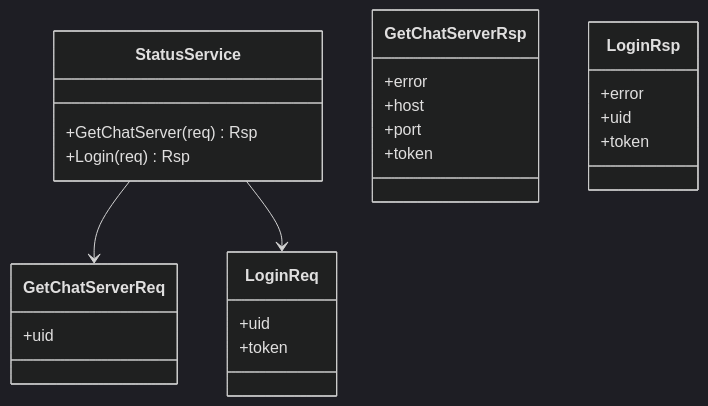
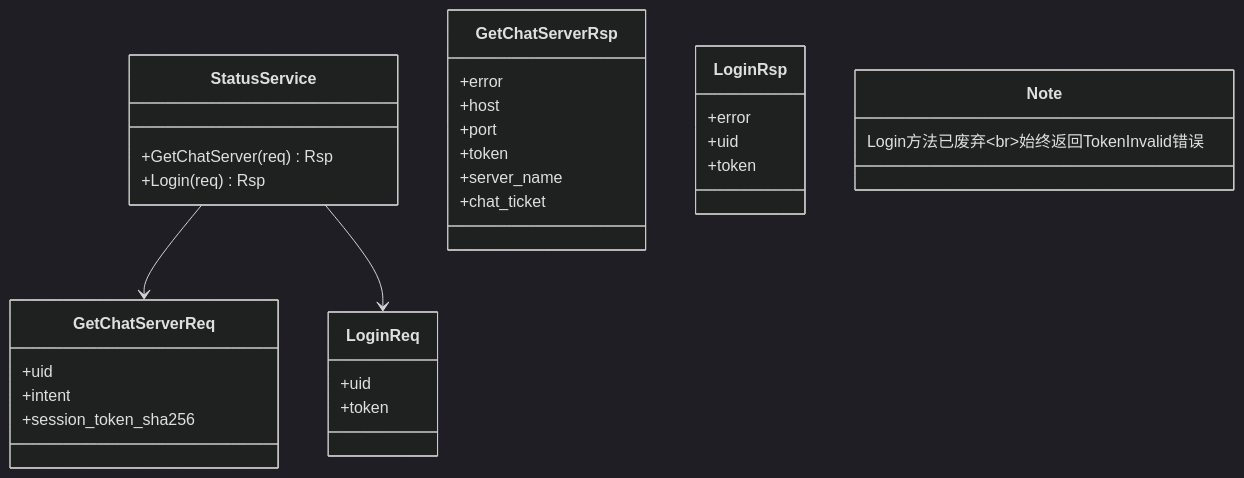
One commit to echo9923/mychatter changed the fourth of 8 diagrams in .qoder/repowiki/zh/content/架构设计/微服务架构设计/服务间通信机制.md. Above: the diagram before and after it, drawn with Mermaid (dark theme). The commit also changed other lines of this file and 107 other files, not shown here.

````diff
--- a/.qoder/repowiki/zh/content/架构设计/微服务架构设计/服务间通信机制.md
+++ b/.qoder/repowiki/zh/content/架构设计/微服务架构设计/服务间通信机制.md
@@ -245,27 +247,32 @@
 ```mermaid
 classDiagram
 class StatusService {
 +GetChatServer(req) Rsp
 +Login(req) Rsp
 }
 class GetChatServerReq {
 +uid
++intent
++session_token_sha256
 }
 class GetChatServerRsp {
 +error
 +host
 +port
 +token
++server_name
++chat_ticket
 }
 class LoginReq {
 +uid
 +token
 }
 class LoginRsp {
 +error
 +uid
 +token
 }
 StatusService --> GetChatServerReq
 StatusService --> LoginReq
+Note : Login方法已废弃<br/>始终返回TokenInvalid错误
 ```
````
